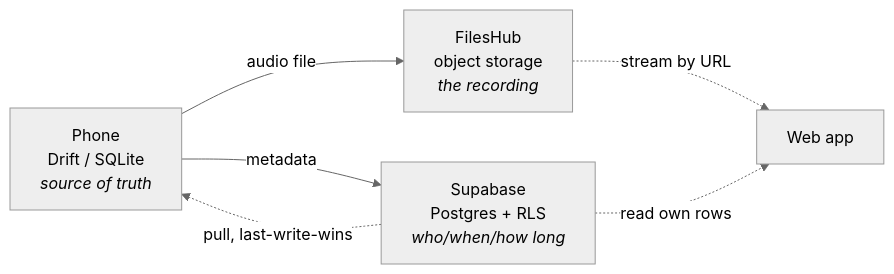
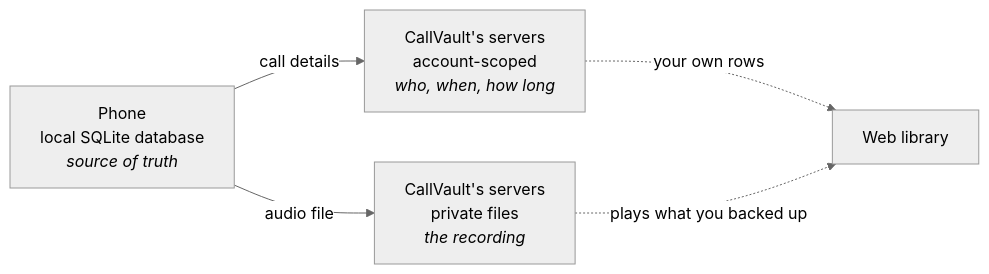
The diagram in docs/architecture/data-layer.md (aoneahsan/callvault-docs), drawn with Mermaid (neutral theme) before and after one commit. The commit also changed other lines of this file and 24 other files, not shown here.

First line of the commit message:
docs: 1.3.0 content — install, backup, plans and family, admin, FAQ, troubleshooting, architecture, changelog, blog

````diff
--- a/docs/architecture/data-layer.md
+++ b/docs/architecture/data-layer.md
@@ -13,8 +13,7 @@
 ```mermaid
 flowchart LR
-    A["Phone<br/>Drift / SQLite<br/><i>source of truth</i>"] -->|metadata| B["Supabase<br/>Postgres + RLS<br/><i>who/when/how long</i>"]
-    A -->|audio file| C["FilesHub<br/>object storage<br/><i>the recording</i>"]
-    B -.->|pull, last-write-wins| A
-    C -.->|stream by URL| D["Web app"]
-    B -.->|read own rows| D
+    A["Phone<br/>local SQLite database<br/><i>source of truth</i>"] -->|call details| B["CallVault's servers<br/>account-scoped<br/><i>who, when, how long</i>"]
+    A -->|audio file| C["CallVault's servers<br/>private files<br/><i>the recording</i>"]
+    B -.->|your own rows| D["Web library"]
+    C -.->|plays what you backed up| D
 ```
````
